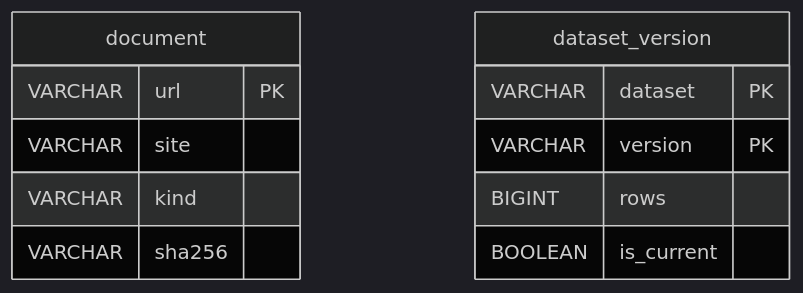
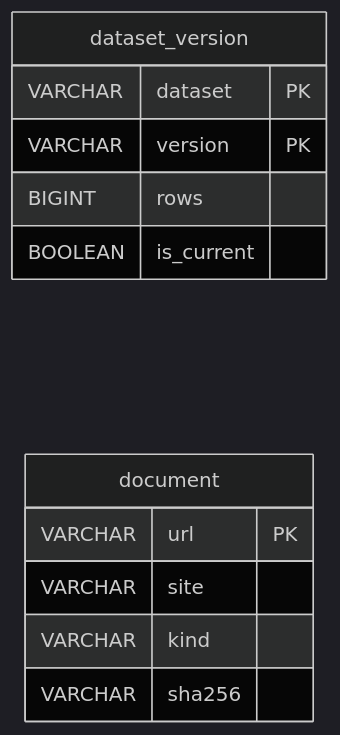
One commit to USERZEROA/safestart-data-pipeline changed the fourth of 4 diagrams in README.md. Above: the diagram before and after it, drawn with Mermaid (dark theme). The commit also changed other lines of this file and 2 other files, not shown here.

Commit message:
Keep the ER diagrams clear of GitHub's buttons and turn wide appendix tables into lists

````diff
--- a/README.md
+++ b/README.md
@@ -317,15 +318,16 @@
 ```mermaid
 erDiagram
+    direction LR
+    dataset_version {
+        VARCHAR dataset PK
+        VARCHAR version PK
+        BIGINT rows
+        BOOLEAN is_current
+    }
     document {
         VARCHAR url PK
         VARCHAR site
         VARCHAR kind
         VARCHAR sha256
     }
-    dataset_version {
-        VARCHAR dataset PK
-        VARCHAR version PK
-        BIGINT rows
-        BOOLEAN is_current
-    }
 ```
````
